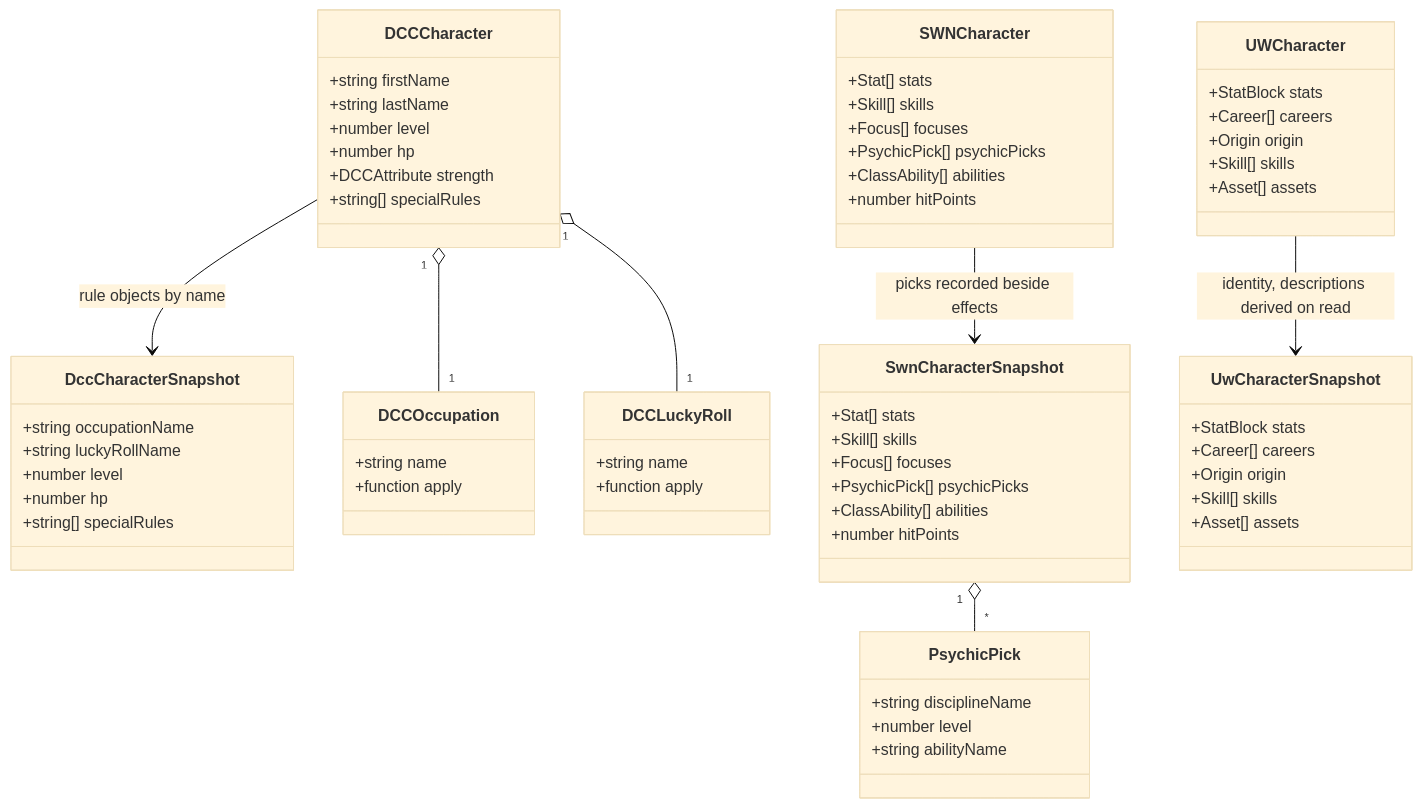
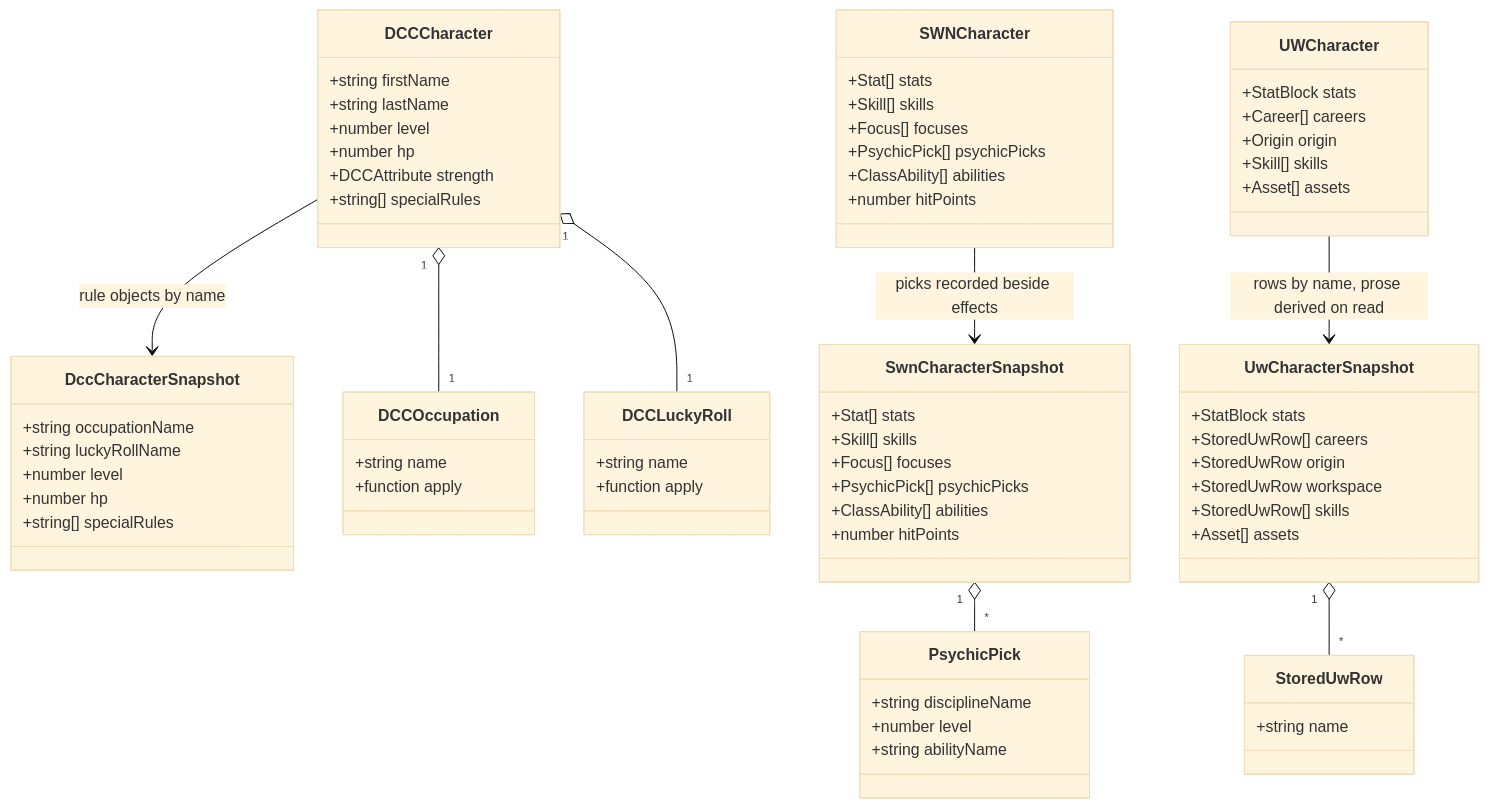
Before and after one commit to ironarachne/ironarachne: the first of 2 diagrams in docs/readiness-characters.md, drawn with Mermaid (base theme). The commit also changed other lines of this file and 23 other files, not shown here.

````diff
--- a/docs/readiness-characters.md
+++ b/docs/readiness-characters.md
@@ -240,68 +253,73 @@
 ```mermaid
 classDiagram
     class DCCCharacter {
         +string firstName
         +string lastName
         +number level
         +number hp
         +DCCAttribute strength
         +string[] specialRules
     }
     class DccCharacterSnapshot {
         +string occupationName
         +string luckyRollName
         +number level
         +number hp
         +string[] specialRules
     }
     class DCCOccupation {
         +string name
         +function apply
     }
     class DCCLuckyRoll {
         +string name
         +function apply
     }
     class SWNCharacter {
         +Stat[] stats
         +Skill[] skills
         +Focus[] focuses
         +PsychicPick[] psychicPicks
         +ClassAbility[] abilities
         +number hitPoints
     }
     class SwnCharacterSnapshot {
         +Stat[] stats
         +Skill[] skills
         +Focus[] focuses
         +PsychicPick[] psychicPicks
         +ClassAbility[] abilities
         +number hitPoints
     }
     class PsychicPick {
         +string disciplineName
         +number level
         +string abilityName
     }
     class UWCharacter {
         +StatBlock stats
         +Career[] careers
         +Origin origin
         +Skill[] skills
         +Asset[] assets
     }
     class UwCharacterSnapshot {
         +StatBlock stats
-        +Career[] careers
-        +Origin origin
-        +Skill[] skills
+        +StoredUwRow[] careers
+        +StoredUwRow origin
+        +StoredUwRow workspace
+        +StoredUwRow[] skills
         +Asset[] assets
+    }
+    class StoredUwRow {
+        +string name
     }
 
     DCCCharacter "1" o-- "1" DCCOccupation
     DCCCharacter "1" o-- "1" DCCLuckyRoll
     DCCCharacter --> DccCharacterSnapshot : rule objects by name
     SWNCharacter --> SwnCharacterSnapshot : picks recorded beside effects
     SwnCharacterSnapshot "1" o-- "*" PsychicPick
-    UWCharacter --> UwCharacterSnapshot : identity, descriptions derived on read
+    UWCharacter --> UwCharacterSnapshot : rows by name, prose derived on read
+    UwCharacterSnapshot "1" o-- "*" StoredUwRow
 ```
````
